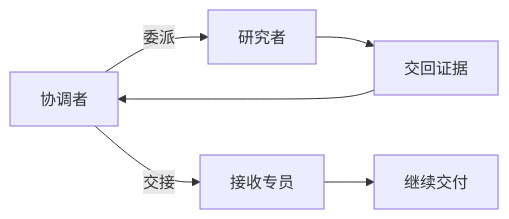
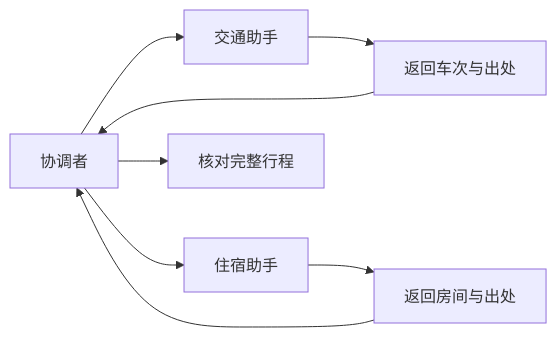
The diagram in book/19-delegation-and-handoffs.md (Mar-garet/agent-book), drawn with Mermaid before and after one commit. The commit also changed other lines of this file and 27 other files, not shown here.

````diff
--- a/book/19-delegation-and-handoffs.md
+++ b/book/19-delegation-and-handoffs.md
@@ -17,9 +19,11 @@
 ```mermaid
-%% 委派保留收稿责任，交接改变继续者
+%% 查询可以分开，行程由协调者收拢
 flowchart LR
-    A[协调者] -->|委派| B[研究者]
-    B --> C[交回证据]
-    C --> A
-    A -->|交接| D[接收专员]
-    D --> E[继续交付]
+    A[协调者] --> B[交通助手]
+    A --> C[住宿助手]
+    B --> D[返回车次与出处]
+    C --> E[返回房间与出处]
+    D --> A
+    E --> A
+    A --> F[核对完整行程]
 ```
````
